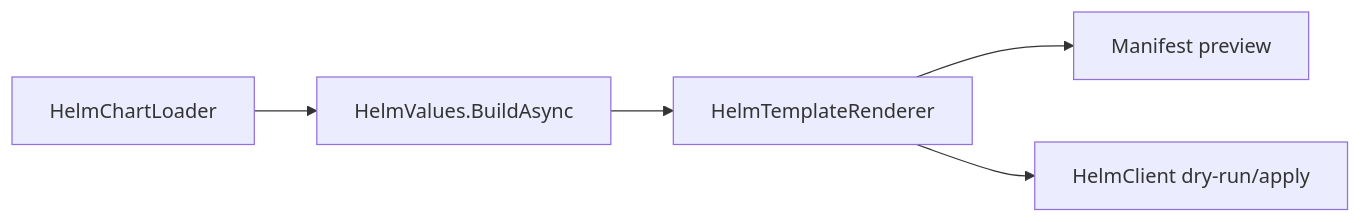
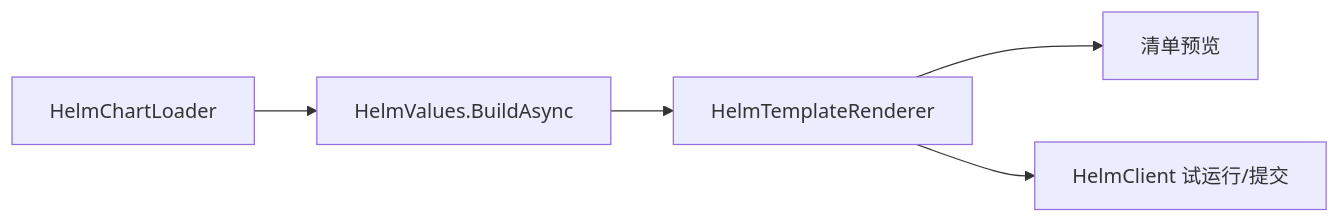
The diagram in docs/zh/api-overview.md (GaTTGeng/HelmSharp), drawn with Mermaid before and after one commit. The commit also changed other lines of this file and 45 other files, not shown here.

````diff
--- a/docs/zh/api-overview.md
+++ b/docs/zh/api-overview.md
@@ -18,7 +18,7 @@
 ```mermaid
 flowchart LR
     A["HelmChartLoader"] --> B["HelmValues.BuildAsync"]
     B --> C["HelmTemplateRenderer"]
-    C --> D["Manifest preview"]
-    C --> E["HelmClient dry-run/apply"]
+    C --> D["清单预览"]
+    C --> E["HelmClient 试运行/提交"]
 ```
````
